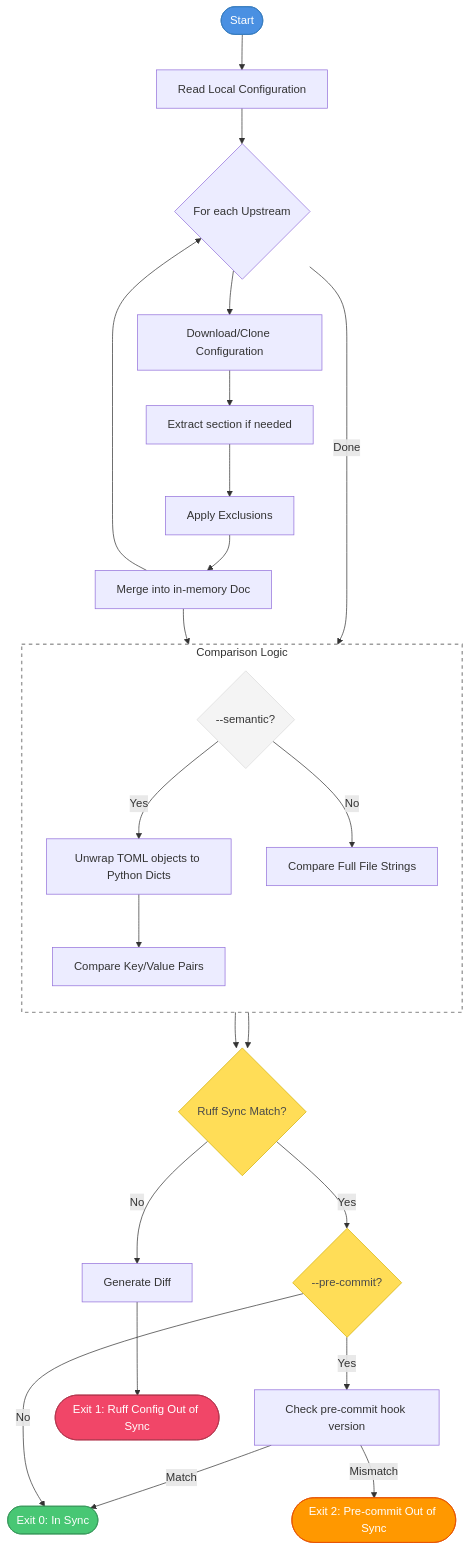
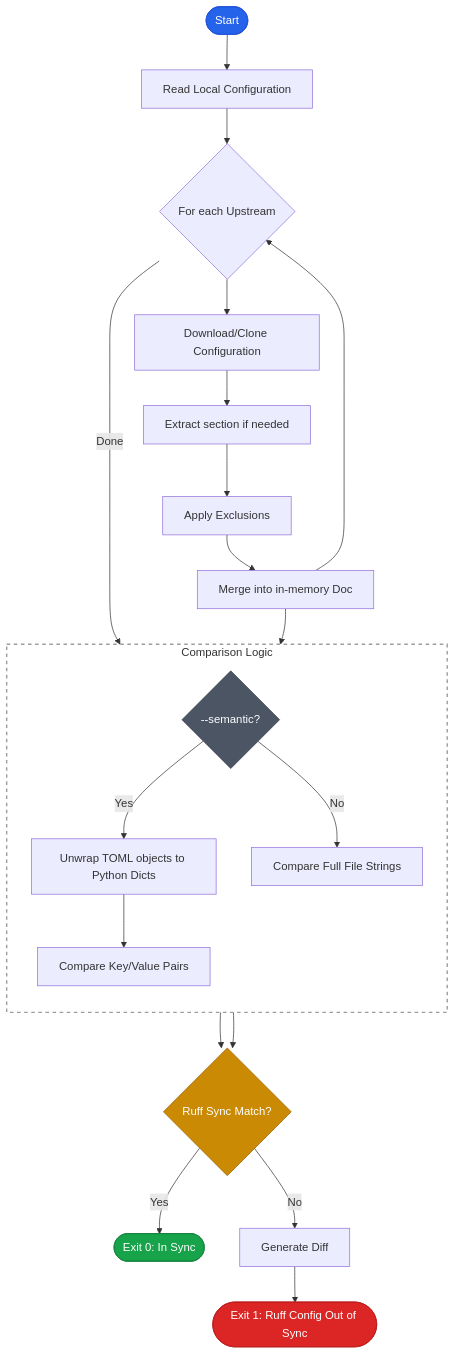
One commit to Kilo59/ruff-sync changed the diagram in README.md. Above: the diagram before and after it, drawn with Mermaid. The commit also changed 5 other files, not shown here.

````diff
--- a/README.md
+++ b/README.md
@@ -352,43 +352,37 @@
 ```mermaid
 flowchart TD
     Start([Start]) --> Local[Read Local Configuration]
     Local --> Upstreams{For each Upstream}
     Upstreams --> Download[Download/Clone Configuration]
     Download --> Extract[Extract section if needed]
     Extract --> Exclude[Apply Exclusions]
     Exclude --> Merge[Merge into in-memory Doc]
     Merge --> Upstreams
     Upstreams -- Done --> Comparison
 
     subgraph Comparison [Comparison Logic]
         direction TB
         SemanticNode{--semantic?}
         SemanticNode -- Yes --> Unwrap[Unwrap TOML objects to Python Dicts]
         Unwrap --> CompareVal[Compare Key/Value Pairs]
         SemanticNode -- No --> CompareFull[Compare Full File Strings]
     end
 
     Merge --> Comparison
 
     CompareVal --> ResultNode{Ruff Sync Match?}
     CompareFull --> ResultNode
 
-    ResultNode -- Yes --> PCNode{--pre-commit?}
-    PCNode -- Yes --> CheckPC[Check pre-commit hook version]
-    CheckPC -- Match --> Success([Exit 0: In Sync])
-    CheckPC -- Mismatch --> PCOut([Exit 2: Pre-commit Out of Sync])
-    PCNode -- No --> Success
+    ResultNode -- Yes --> Success([Exit 0: In Sync])
 
     ResultNode -- No --> Diff[Generate Diff]
     Diff --> Fail([Exit 1: Ruff Config Out of Sync])
 
     %% Styling
-    style Start fill:#4a90e2,color:#fff,stroke:#357abd
-    style Success fill:#48c774,color:#fff,stroke:#36975a
-    style Fail fill:#f14668,color:#fff,stroke:#b2334b
-    style PCOut fill:#ff9800,color:#fff,stroke:#e65100
-    style ResultNode fill:#ffdd57,color:#4a4a4a,stroke:#d4b106
-    style PCNode fill:#ffdd57,color:#4a4a4a,stroke:#d4b106
+    style Start fill:#2563eb,color:#fff,stroke:#1d4ed8
+    style Success fill:#16a34a,color:#fff,stroke:#15803d
+    style Fail fill:#dc2626,color:#fff,stroke:#b91c1c
+    style ResultNode fill:#ca8a04,color:#fff,stroke:#a16207
     style Comparison fill:none,stroke:#9e9e9e,stroke-dasharray: 5 5,stroke-width:2px
-    style SemanticNode fill:#f4f4f4,color:#363636,stroke:#dbdbdb
+    style SemanticNode fill:#4b5563,color:#fff,stroke:#374151
 ```
````
